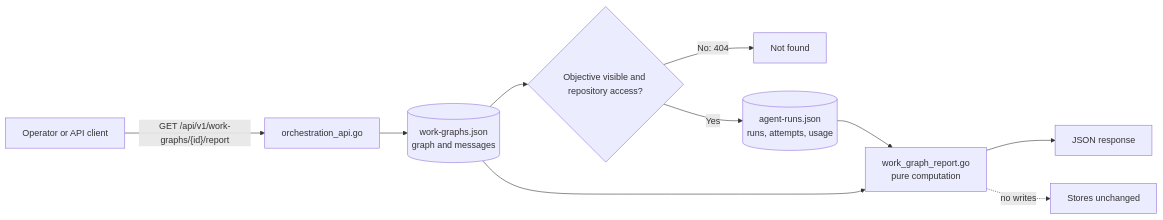
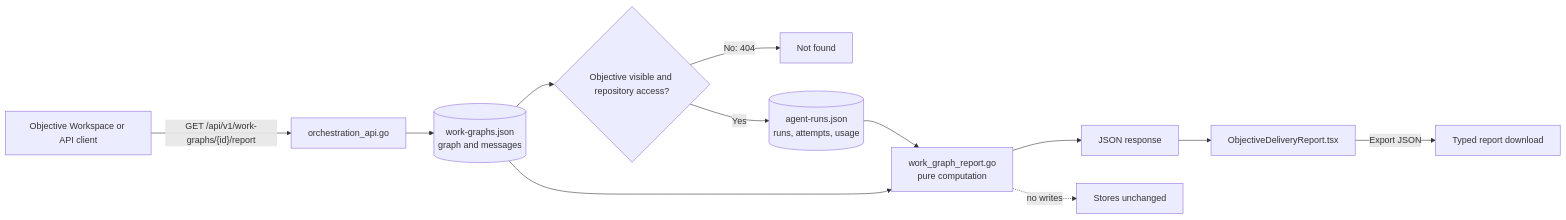
Before and after one commit to bogdaniel/zenchron-engineering-os: the diagram in docs/features/objective-delivery-report.md, drawn with Mermaid. The commit also changed other lines of this file and 49 other files, not shown here.

````diff
--- a/docs/features/objective-delivery-report.md
+++ b/docs/features/objective-delivery-report.md
@@ -8,12 +8,14 @@
 ```mermaid
 flowchart LR
-  Client[Operator or API client] -->|"GET /api/v1/work-graphs/{id}/report"| Handler[orchestration_api.go]
+  Client[Objective Workspace or API client] -->|"GET /api/v1/work-graphs/{id}/report"| Handler[orchestration_api.go]
   Handler --> Graphs[(work-graphs.json<br/>graph and messages)]
   Graphs --> Visibility{Objective visible and repository access?}
   Visibility -->|No: 404| NotFound[Not found]
   Visibility -->|Yes| Runs[(agent-runs.json<br/>runs, attempts, usage)]
   Graphs --> Compute[work_graph_report.go<br/>pure computation]
   Runs --> Compute
   Compute --> Response[JSON response]
+  Response --> ReportUI[ObjectiveDeliveryReport.tsx]
+  ReportUI -->|Export JSON| Download[Typed report download]
   Compute -.->|no writes| ReadOnly[Stores unchanged]
 ```
````
